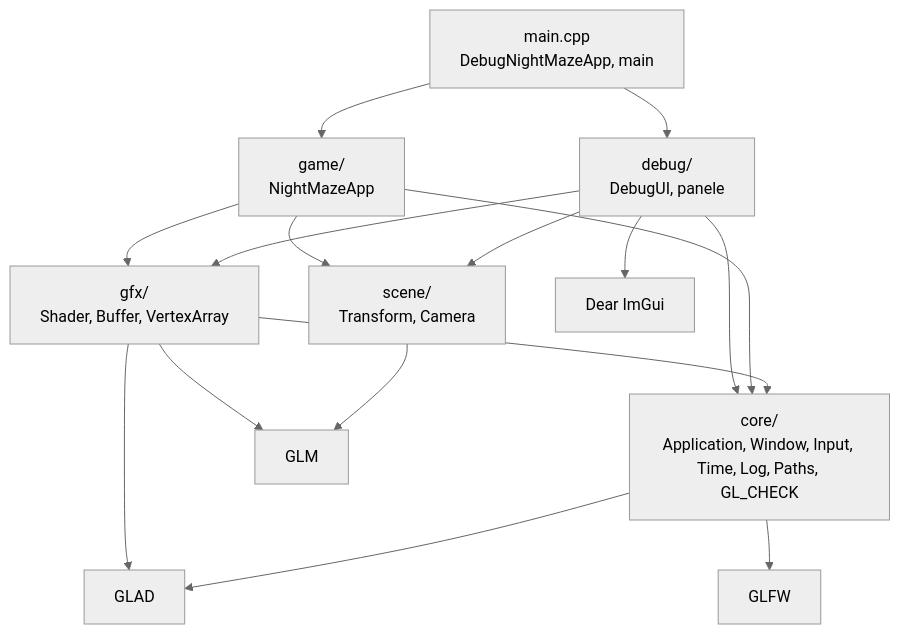
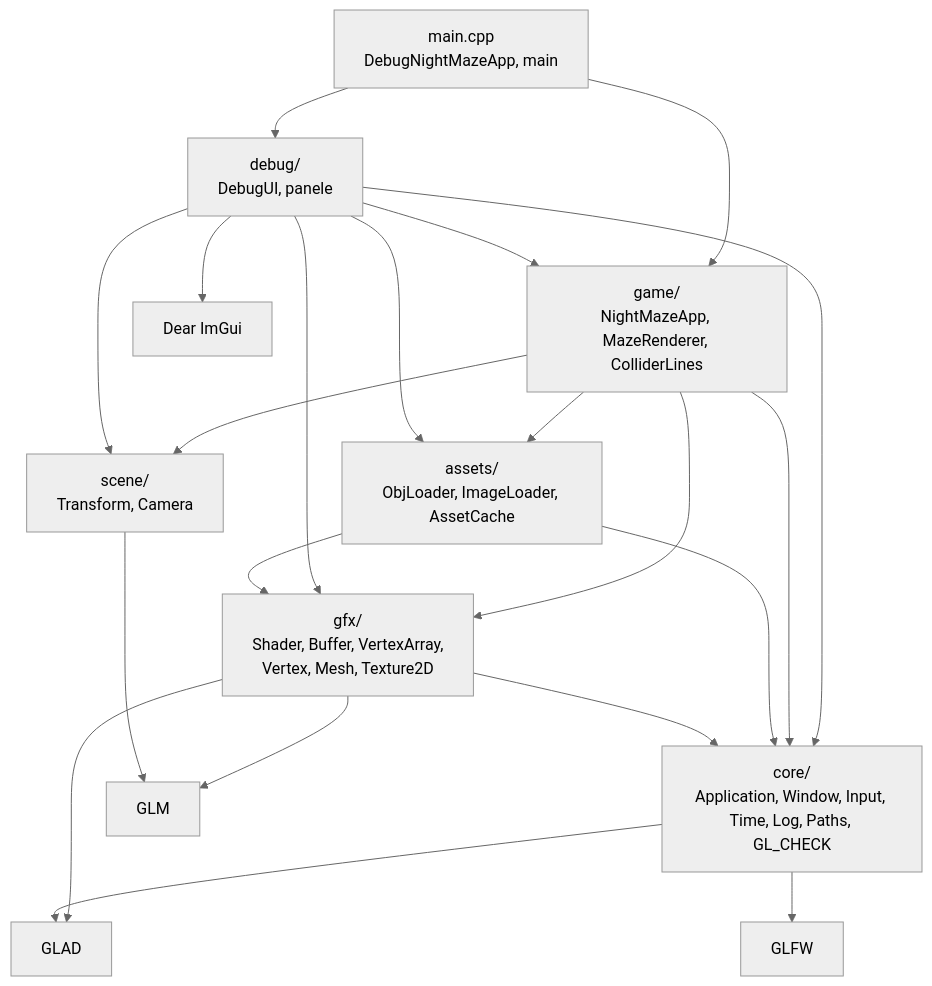
One commit to Shironex/night-maze changed the third of 4 diagrams in docs/modules/gfx/README.md. Above: the diagram before and after it, drawn with Mermaid (neutral theme). The commit also changed other lines of this file and 41 other files, not shown here.

First line of the commit message:
feat(game): draw the textured maze and walk through it

````diff
--- a/docs/modules/gfx/README.md
+++ b/docs/modules/gfx/README.md
@@ -109,18 +111,23 @@
 ```mermaid
 flowchart TD
     Main["main.cpp<br/>DebugNightMazeApp, main"] --> Debug["debug/<br/>DebugUI, panele"]
-    Main --> Game["game/<br/>NightMazeApp"]
+    Main --> Game["game/<br/>NightMazeApp, MazeRenderer, ColliderLines"]
     Debug --> Core["core/<br/>Application, Window, Input, Time, Log, Paths, GL_CHECK"]
+    Debug --> Game
     Game --> Core
+    Game --> Assets
     Game --> Gfx
     Game --> Scene
+    Debug --> Assets
     Debug --> Gfx
     Debug --> Scene
-    Gfx["gfx/<br/>Shader, Buffer, VertexArray"] --> Core
+    Assets["assets/<br/>ObjLoader, ImageLoader, AssetCache"] --> Gfx
+    Assets --> Core
+    Gfx["gfx/<br/>Shader, Buffer, VertexArray,<br/>Vertex, Mesh, Texture2D"] --> Core
     Gfx --> Glm
     Scene["scene/<br/>Transform, Camera"] --> Glm["GLM"]
     Gfx --> Glad["GLAD"]
     Core --> Glad
     Core --> Glfw["GLFW"]
     Debug --> ImGui["Dear ImGui"]
 ```
````
